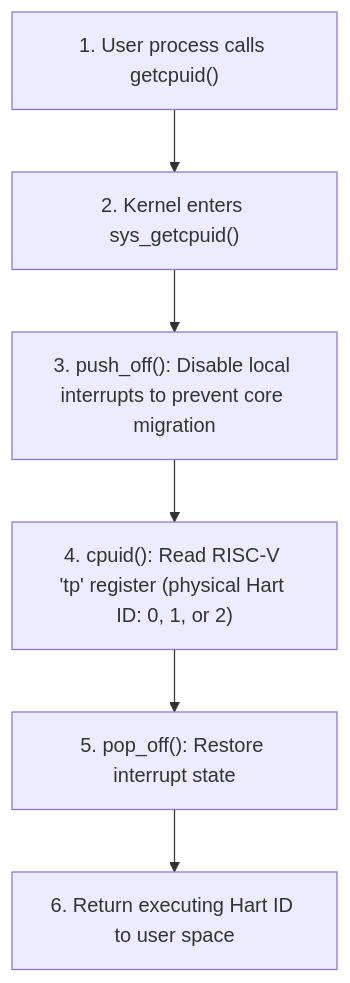
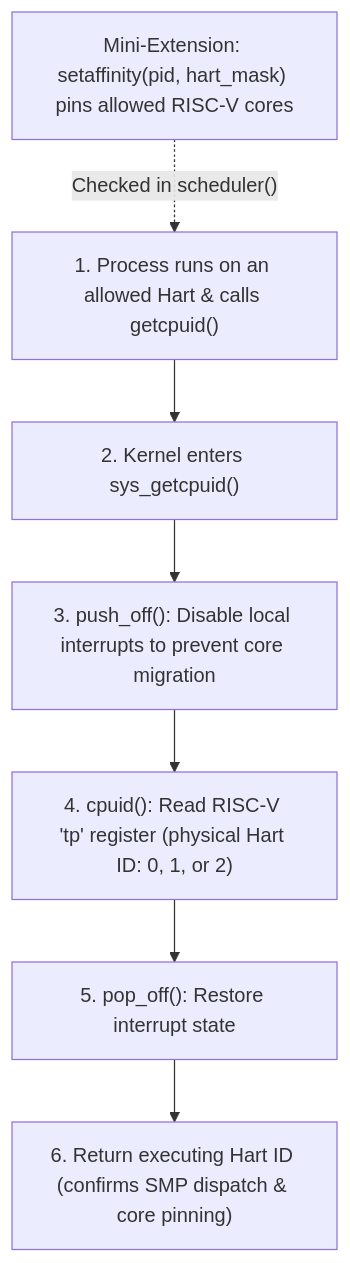
Before and after one commit to asbahkhan67-ctrl/xv6-riscv: diagram 15 of 21 in README.md, drawn with Mermaid. The commit also changed other lines of this file, not shown here.

````diff
--- a/README.md
+++ b/README.md
@@ -646,8 +724,9 @@
 ```mermaid
 flowchart TD
-    U["1. User process calls getcpuid()"] --> K1["2. Kernel enters sys_getcpuid()"]
+    AFF["Mini-Extension: setaffinity(pid, hart_mask) pins allowed RISC-V cores"] -. "Checked in scheduler()" .-> U
+    U["1. Process runs on an allowed Hart & calls getcpuid()"] --> K1["2. Kernel enters sys_getcpuid()"]
     K1 --> K2["3. push_off(): Disable local interrupts to prevent core migration"]
     K2 --> K3["4. cpuid(): Read RISC-V 'tp' register (physical Hart ID: 0, 1, or 2)"]
     K3 --> K4["5. pop_off(): Restore interrupt state"]
-    K4 --> U2["6. Return executing Hart ID to user space"]
+    K4 --> U2["6. Return executing Hart ID (confirms SMP dispatch & core pinning)"]
 ```
````
